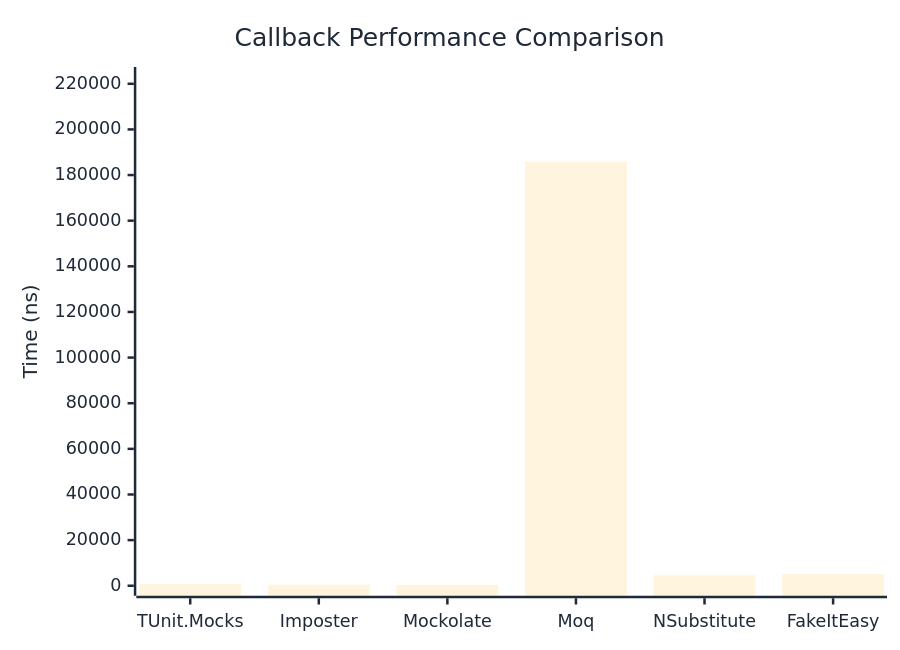
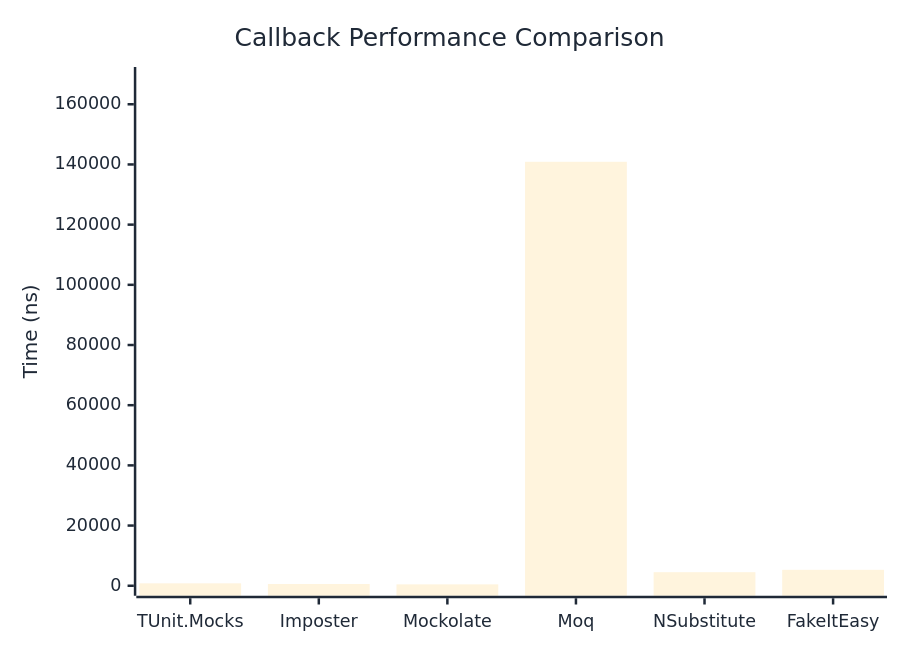
Before and after one commit to thomhurst/TUnit: the first of 2 diagrams in docs/docs/benchmarks/mocks/Callback.md, drawn with Mermaid. The commit also changed other lines of this file and 14 other files, not shown here.

````diff
--- a/docs/docs/benchmarks/mocks/Callback.md
+++ b/docs/docs/benchmarks/mocks/Callback.md
@@ -30,27 +30,27 @@
 ```mermaid
 %%{init: {
   'theme':'base',
   'themeVariables': {
     'primaryColor': '#2563eb',
     'primaryTextColor': '#1f2937',
     'primaryBorderColor': '#1e40af',
     'lineColor': '#6b7280',
     'secondaryColor': '#7c3aed',
     'tertiaryColor': '#dc2626',
     'background': '#ffffff',
     'pie1': '#2563eb',
     'pie2': '#7c3aed',
     'pie3': '#dc2626',
     'pie4': '#f59e0b',
     'pie5': '#10b981',
     'pie6': '#06b6d4',
     'pie7': '#ec4899',
     'pie8': '#6366f1'
   }
 }}%%
 xychart-beta
   title "Callback Performance Comparison"
   x-axis ["TUnit.Mocks", "Imposter", "Mockolate", "Moq", "NSubstitute", "FakeItEasy"]
-  y-axis "Time (ns)" 0 --> 222976
-  bar [659.3, 450.1, 354.5, 185813.2, 4573, 5136.8]
+  y-axis "Time (ns)" 0 --> 169061
+  bar [806.8, 571.4, 463.4, 140883.7, 4504.6, 5291.4]
 ```
````
